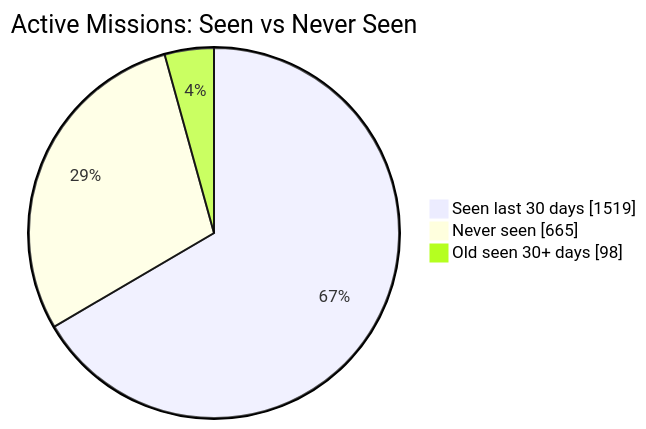
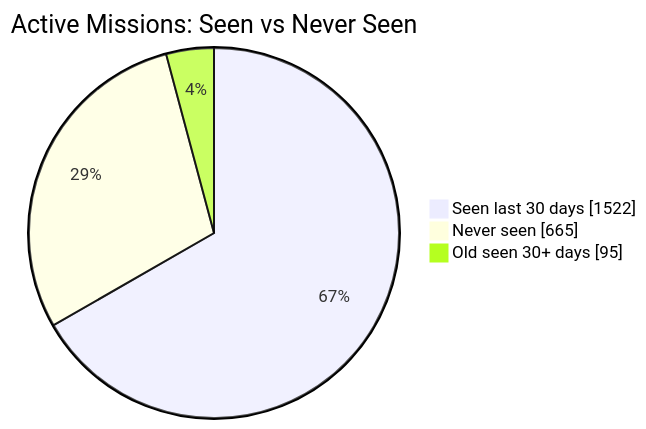
The first of 2 diagrams in README.md (MeldkamerspelGameTeam/active-missions), drawn with Mermaid before and after one commit. The commit also changed other lines of this file and 2 other files, not shown here.

````diff
--- a/README.md
+++ b/README.md
@@ -34,7 +34,7 @@
 ```mermaid
 pie showData
     title Active Missions: Seen vs Never Seen
-    "Seen last 30 days" : 1519
+    "Seen last 30 days" : 1522
     "Never seen" : 665
-    "Old seen 30+ days" : 98
+    "Old seen 30+ days" : 95
 ```
````
